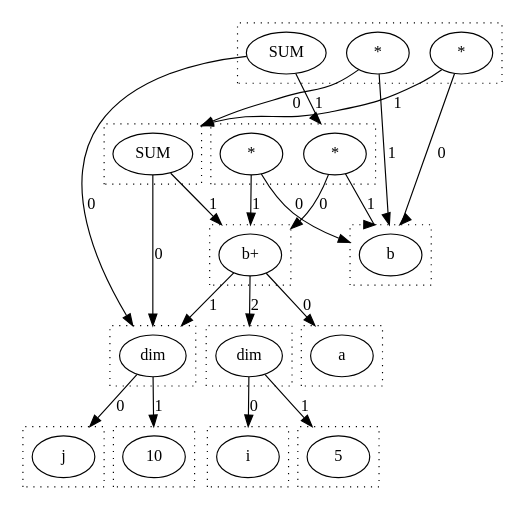
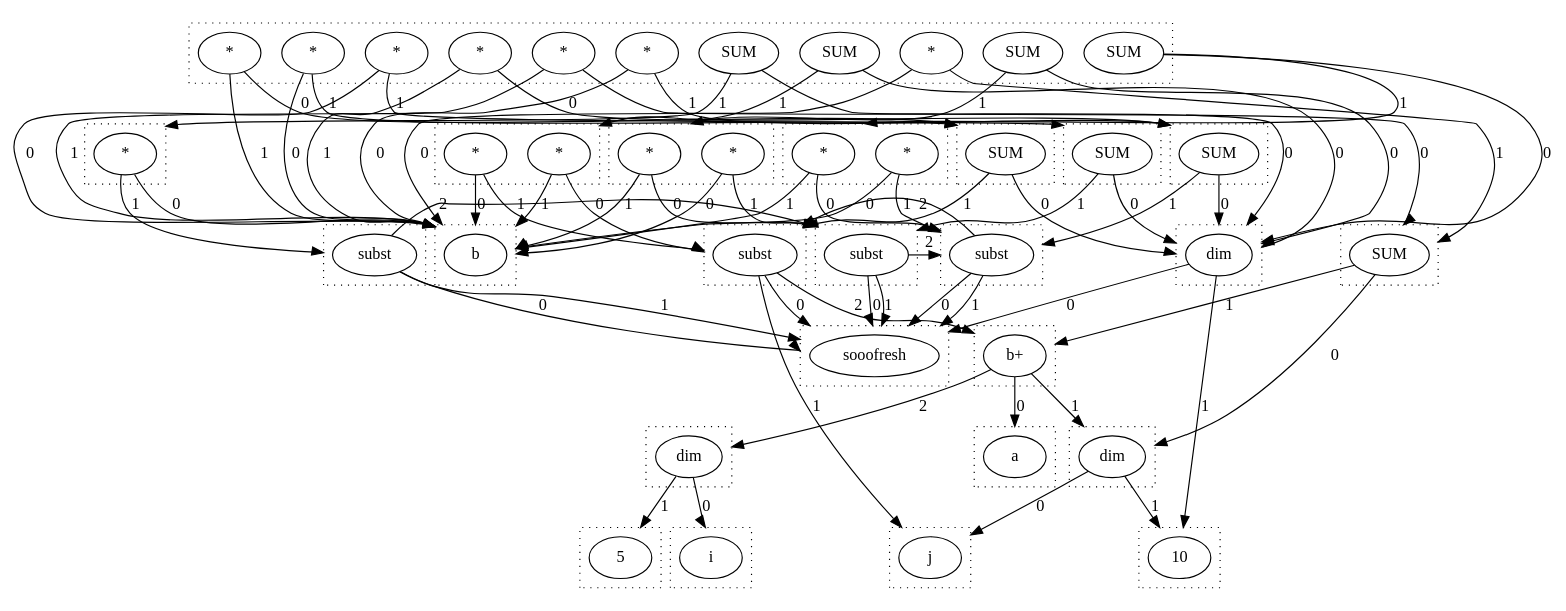
Before and after one commit to wormhole-optimization/wopt: the diagram in dots/grammar.dot, drawn with Graphviz. The commit also changed 3 other files, not shown here.

```diff
--- a/dots/grammar.dot
+++ b/dots/grammar.dot
@@ -1,73 +1,177 @@
 digraph {
   compound=true
   subgraph cluster_0 {
     style=dotted
-    0.0[label = "j"]
+    0.0[label = "b"]
   }
   subgraph cluster_1 {
     style=dotted
-    1.0[label = "10"]
+    1.0[label = "j"]
   }
   subgraph cluster_2 {
     style=dotted
-    2.0[label = "dim"]
+    2.0[label = "10"]
   }
   subgraph cluster_3 {
     style=dotted
-    3.0[label = "b"]
+    3.0[label = "dim"]
   }
   subgraph cluster_4 {
     style=dotted
     4.0[label = "a"]
   }
   subgraph cluster_5 {
     style=dotted
     5.0[label = "i"]
   }
   subgraph cluster_6 {
     style=dotted
     6.0[label = "5"]
   }
   subgraph cluster_7 {
     style=dotted
     7.0[label = "dim"]
   }
   subgraph cluster_8 {
     style=dotted
     8.0[label = "b+"]
   }
   subgraph cluster_9 {
     style=dotted
-    9.0[label = "*"]
-    9.1[label = "*"]
+    9.0[label = "SUM"]
   }
   subgraph cluster_10 {
     style=dotted
     10.0[label = "*"]
-    10.1[label = "SUM"]
-    10.2[label = "*"]
+    10.1[label = "*"]
+    10.2[label = "SUM"]
+    10.3[label = "*"]
+    10.4[label = "SUM"]
+    10.5[label = "*"]
+    10.6[label = "*"]
+    10.7[label = "SUM"]
+    10.8[label = "*"]
+    10.9[label = "*"]
+    10.10[label = "SUM"]
   }
   subgraph cluster_12 {
     style=dotted
-    12.0[label = "SUM"]
+    12.0[label = "sooofresh"]
   }
-  2.0 -> 0.0 [lhead = cluster_0, label = 0]
-  2.0 -> 1.0 [lhead = cluster_1, label = 1]
+  subgraph cluster_13 {
+    style=dotted
+    13.0[label = "dim"]
+  }
+  subgraph cluster_14 {
+    style=dotted
+    14.0[label = "subst"]
+  }
+  subgraph cluster_15 {
+    style=dotted
+    15.0[label = "*"]
+    15.1[label = "*"]
+  }
+  subgraph cluster_18 {
+    style=dotted
+    18.0[label = "SUM"]
+  }
+  subgraph cluster_20 {
+    style=dotted
+    20.0[label = "subst"]
+  }
+  subgraph cluster_21 {
+    style=dotted
+    21.0[label = "*"]
+    21.1[label = "*"]
+  }
+  subgraph cluster_25 {
+    style=dotted
+    25.0[label = "SUM"]
+  }
+  subgraph cluster_27 {
+    style=dotted
+    27.0[label = "subst"]
+  }
+  subgraph cluster_28 {
+    style=dotted
+    28.0[label = "*"]
+    28.1[label = "*"]
+  }
+  subgraph cluster_32 {
+    style=dotted
+    32.0[label = "SUM"]
+  }
+  subgraph cluster_34 {
+    style=dotted
+    34.0[label = "subst"]
+  }
+  subgraph cluster_35 {
+    style=dotted
+    35.0[label = "*"]
+  }
+  3.0 -> 1.0 [lhead = cluster_1, label = 0]
+  3.0 -> 2.0 [lhead = cluster_2, label = 1]
   7.0 -> 5.0 [lhead = cluster_5, label = 0]
   7.0 -> 6.0 [lhead = cluster_6, label = 1]
   8.0 -> 4.0 [lhead = cluster_4, label = 0]
-  8.0 -> 2.0 [lhead = cluster_2, label = 1]
+  8.0 -> 3.0 [lhead = cluster_3, label = 1]
   8.0 -> 7.0 [lhead = cluster_7, label = 2]
-  9.0 -> 8.0 [lhead = cluster_8, label = 0]
-  9.0 -> 3.0 [lhead = cluster_3, label = 1]
-  9.1 -> 3.0 [lhead = cluster_3, label = 0]
-  9.1 -> 8.0 [lhead = cluster_8, label = 1]
-  10.0 -> 3.0 [lhead = cluster_3, label = 0]
-  10.0 -> 12.0 [lhead = cluster_12, label = 1]
-  10.1 -> 2.0 [lhead = cluster_2, label = 0]
+  9.0 -> 3.0 [lhead = cluster_3, label = 0]
+  9.0 -> 8.0 [lhead = cluster_8, label = 1]
+  10.0 -> 9.0 [lhead = cluster_9, label = 0]
+  10.0 -> 0.0 [lhead = cluster_0, label = 1]
+  10.1 -> 0.0 [lhead = cluster_0, label = 0]
   10.1 -> 9.0 [lhead = cluster_9, label = 1]
-  10.2 -> 12.0 [lhead = cluster_12, label = 0]
-  10.2 -> 3.0 [lhead = cluster_3, label = 1]
-  12.0 -> 2.0 [lhead = cluster_2, label = 0]
-  12.0 -> 8.0 [lhead = cluster_8, label = 1]
+  10.2 -> 13.0 [lhead = cluster_13, label = 0]
+  10.2 -> 15.0 [lhead = cluster_15, label = 1]
+  10.3 -> 0.0 [lhead = cluster_0, label = 0]
+  10.3 -> 18.0 [lhead = cluster_18, label = 1]
+  10.4 -> 13.0 [lhead = cluster_13, label = 0]
+  10.4 -> 21.0 [lhead = cluster_21, label = 1]
+  10.5 -> 18.0 [lhead = cluster_18, label = 0]
+  10.5 -> 0.0 [lhead = cluster_0, label = 1]
+  10.6 -> 0.0 [lhead = cluster_0, label = 0]
+  10.6 -> 25.0 [lhead = cluster_25, label = 1]
+  10.7 -> 13.0 [lhead = cluster_13, label = 0]
+  10.7 -> 28.0 [lhead = cluster_28, label = 1]
+  10.8 -> 25.0 [lhead = cluster_25, label = 0]
+  10.8 -> 0.0 [lhead = cluster_0, label = 1]
+  10.9 -> 0.0 [lhead = cluster_0, label = 0]
+  10.9 -> 32.0 [lhead = cluster_32, label = 1]
+  10.10 -> 13.0 [lhead = cluster_13, label = 0]
+  10.10 -> 35.0 [lhead = cluster_35, label = 1]
+  13.0 -> 12.0 [lhead = cluster_12, label = 0]
+  13.0 -> 2.0 [lhead = cluster_2, label = 1]
+  14.0 -> 12.0 [lhead = cluster_12, label = 0]
+  14.0 -> 1.0 [lhead = cluster_1, label = 1]
+  14.0 -> 8.0 [lhead = cluster_8, label = 2]
+  15.0 -> 14.0 [lhead = cluster_14, label = 0]
+  15.0 -> 0.0 [lhead = cluster_0, label = 1]
+  15.1 -> 0.0 [lhead = cluster_0, label = 0]
+  15.1 -> 14.0 [lhead = cluster_14, label = 1]
+  18.0 -> 13.0 [lhead = cluster_13, label = 0]
+  18.0 -> 14.0 [lhead = cluster_14, label = 1]
+  20.0 -> 12.0 [lhead = cluster_12, label = 0]
+  20.0 -> 12.0 [lhead = cluster_12, label = 1]
+  20.0 -> 14.0 [lhead = cluster_14, label = 2]
+  21.0 -> 20.0 [lhead = cluster_20, label = 0]
+  21.0 -> 0.0 [lhead = cluster_0, label = 1]
+  21.1 -> 0.0 [lhead = cluster_0, label = 0]
+  21.1 -> 20.0 [lhead = cluster_20, label = 1]
+  25.0 -> 13.0 [lhead = cluster_13, label = 0]
+  25.0 -> 20.0 [lhead = cluster_20, label = 1]
+  27.0 -> 12.0 [lhead = cluster_12, label = 0]
+  27.0 -> 12.0 [lhead = cluster_12, label = 1]
+  27.0 -> 20.0 [lhead = cluster_20, label = 2]
+  28.0 -> 27.0 [lhead = cluster_27, label = 0]
+  28.0 -> 0.0 [lhead = cluster_0, label = 1]
+  28.1 -> 0.0 [lhead = cluster_0, label = 0]
+  28.1 -> 27.0 [lhead = cluster_27, label = 1]
+  32.0 -> 13.0 [lhead = cluster_13, label = 0]
+  32.0 -> 27.0 [lhead = cluster_27, label = 1]
+  34.0 -> 12.0 [lhead = cluster_12, label = 0]
+  34.0 -> 12.0 [lhead = cluster_12, label = 1]
+  34.0 -> 27.0 [lhead = cluster_27, label = 2]
+  35.0 -> 0.0 [lhead = cluster_0, label = 0]
+  35.0 -> 34.0 [lhead = cluster_34, label = 1]
 }
```
